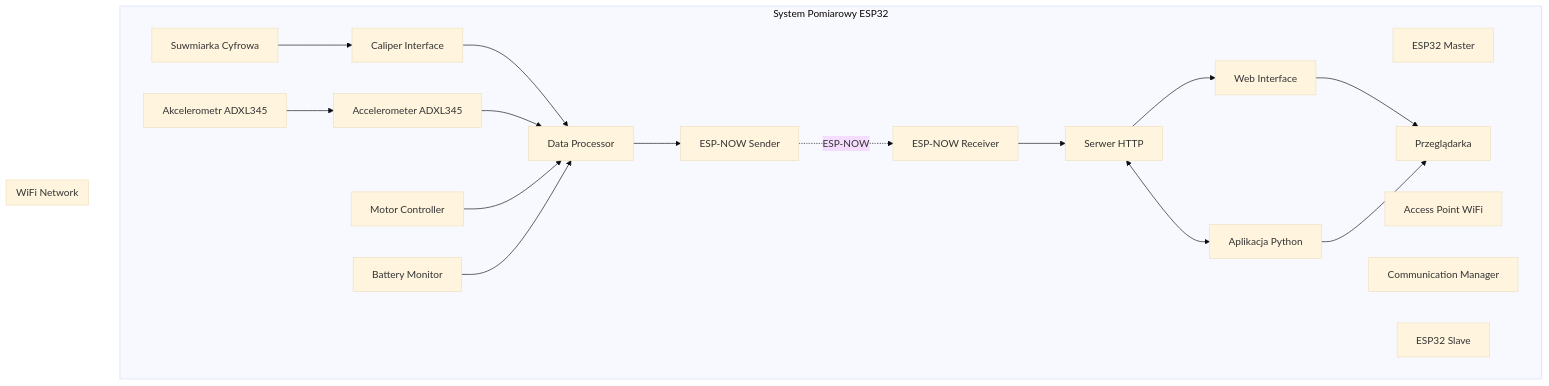
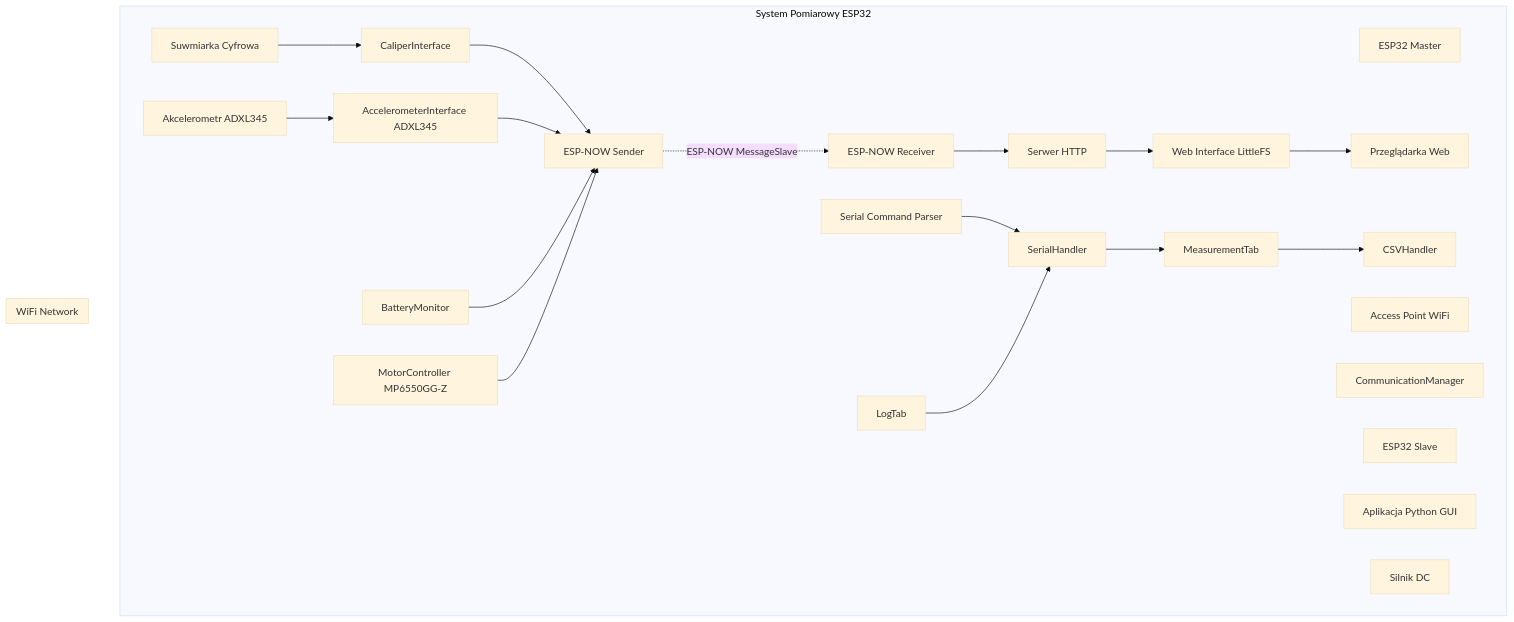
One commit to ciupakt/caliper changed the first of 3 diagrams in README.md. Above: the diagram before and after it, drawn with Mermaid (base theme). The commit also changed other lines of this file and 5 other files, not shown here.

````diff
--- a/README.md
+++ b/README.md
@@ -33,44 +33,50 @@
 ```mermaid
 graph TD
     subgraph "System Pomiarowy ESP32"
         A[ESP32 Master]
         A1[Serwer HTTP]
         A2[Access Point WiFi]
         A3[ESP-NOW Receiver]
-        A4[Web Interface]
-        A5[Communication Manager]
+        A4[Web Interface LittleFS]
+        A5[CommunicationManager]
+        A6[Serial Command Parser]
     
         B[ESP32 Slave]
-        B1[Caliper Interface]
+        B1[CaliperInterface]
         B2[ESP-NOW Sender]
-        B3[Data Processor]
-        B4[Motor Controller]
-        B5[Accelerometer ADXL345]
-        B6[Battery Monitor]
+        B3[AccelerometerInterface ADXL345]
+        B4[BatteryMonitor]
+        B5[MotorController MP6550GG-Z]
     
-        C[Aplikacja Python]
-        D[Przeglądarka]
+        C[Aplikacja Python GUI]
+        C1[SerialHandler]
+        C2[MeasurementTab]
+        C3[LogTab]
+        C4[CSVHandler]
+    
+        D[Przeglądarka Web]
         E[Suwmiarka Cyfrowa]
         F[Akcelerometr ADXL345]
+        G[Silnik DC]
     
         E --> B1
-        F --> B5
-        B1 --> B3
-        B5 --> B3
+        F --> B3
+        B1 --> B2
         B3 --> B2
-        B4 --> B3
-        B6 --> B3
-        B2 -.->|ESP-NOW| A3
+        B4 --> B2
+        B5 --> B2
+        B2 -.->|ESP-NOW MessageSlave| A3
         A3 --> A1
         A1 --> A4
         A4 --> D
-        
-        A1 <--> C
-        C --> D
+        A6 --> C1
+        C1 --> C2
+        C2 --> C4
+        C3 --> C1
     end
     
     subgraph "WiFi Network"
         A2
         D
     end
 ```
````
